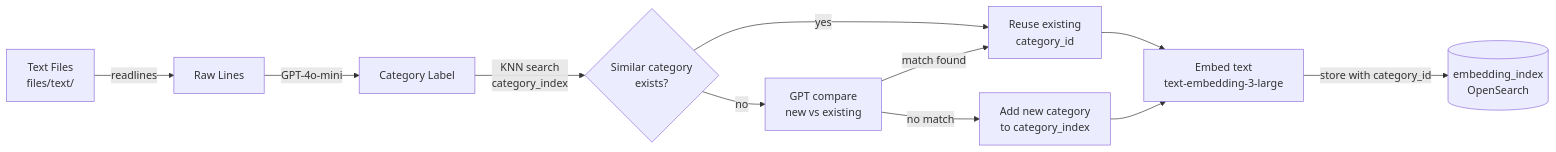
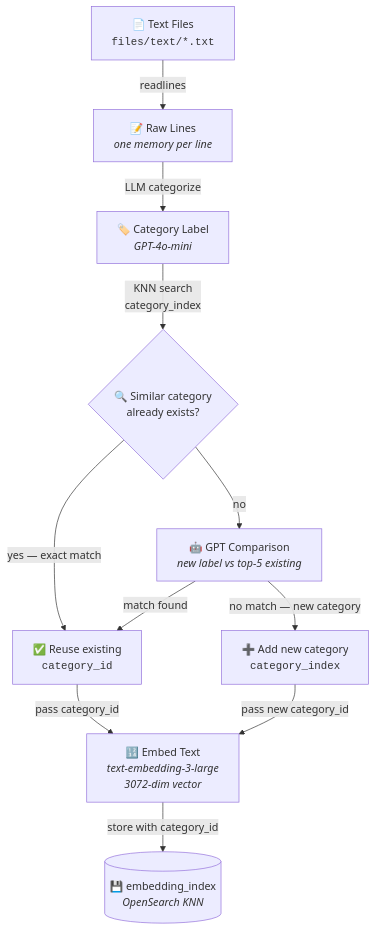
The first of 2 diagrams in README.md (janardhanjayanthS/opensearch_sbert_POC), drawn with Mermaid before and after one commit. The commit also changed other lines of this file, not shown here.

Commit message:
update(readme): use vertical flow

````diff
--- a/README.md
+++ b/README.md
@@ -17,13 +17,23 @@
 ```mermaid
-flowchart LR
-    A[Text Files\nfiles/text/] -->|readlines| B[Raw Lines]
-    B -->|GPT-4o-mini| C[Category Label]
-    C -->|KNN search\ncategory_index| D{Similar category\nexists?}
-    D -->|yes| E[Reuse existing\ncategory_id]
-    D -->|no| F[GPT compare\nnew vs existing]
+flowchart TD
+    A["📄 Text Files<br/><code>files/text/*.txt</code>"]
+    B["📝 Raw Lines<br/><i>one memory per line</i>"]
+    C["🏷️ Category Label<br/><i>GPT-4o-mini</i>"]
+    D{"🔍 Similar category<br/>already exists?"}
+    E["✅ Reuse existing<br/><code>category_id</code>"]
+    F["🤖 GPT Comparison<br/><i>new label vs top-5 existing</i>"]
+    G["➕ Add new category<br/><code>category_index</code>"]
+    H["🔢 Embed Text<br/><i>text-embedding-3-large<br/>3072-dim vector</i>"]
+    I[("💾 embedding_index<br/><i>OpenSearch KNN</i>")]
+
+    A -->|readlines| B
+    B -->|LLM categorize| C
+    C -->|KNN search<br/>category_index| D
+    D -->|yes — exact match| E
+    D -->|no| F
     F -->|match found| E
-    F -->|no match| G[Add new category\nto category_index]
-    E --> H[Embed text\ntext-embedding-3-large]
-    G --> H
-    H -->|store with category_id| I[(embedding_index\nOpenSearch)]
+    F -->|no match — new category| G
+    E -->|pass category_id| H
+    G -->|pass new category_id| H
+    H -->|store with category_id| I
 ```
````
